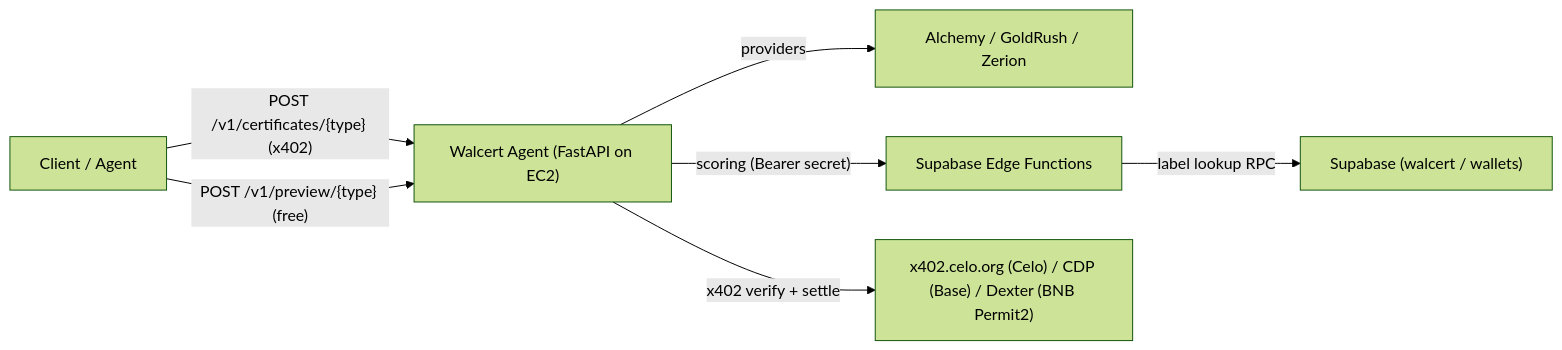
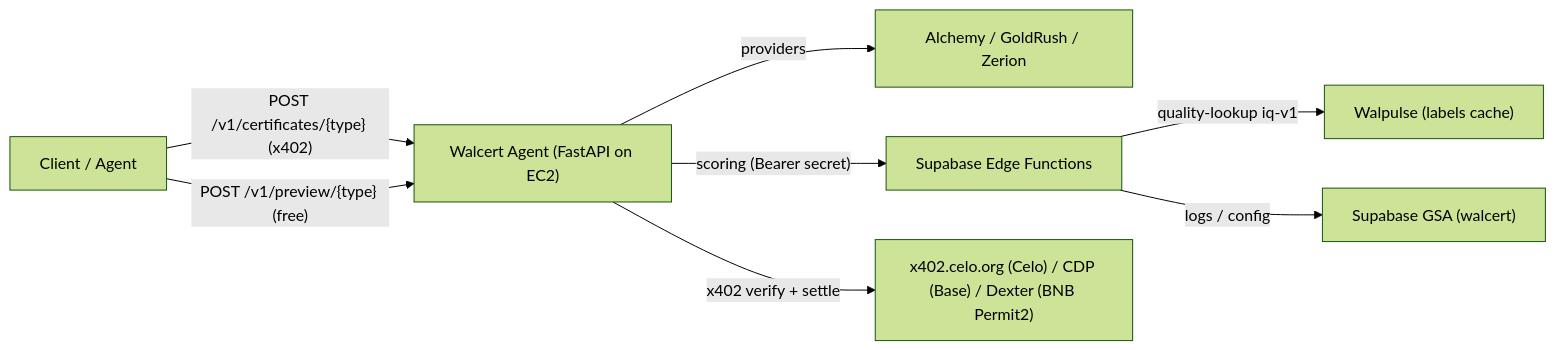
One commit to GlobalScoreAgent/walcert-agent changed the diagram in README.md. Above: the diagram before and after it, drawn with Mermaid (forest theme). The commit also changed other lines of this file and 4 other files, not shown here.

First line of the commit message:
Document Origins v2.3 / Activity v2.2 grades and Walpulse labels cutover.

````diff
--- a/README.md
+++ b/README.md
@@ -82,9 +83,10 @@
 ```mermaid
 flowchart LR
   Client["Client / Agent"] -->|"POST /v1/certificates/{type} (x402)"| Agent["Walcert Agent (FastAPI on EC2)"]
   Client -->|"POST /v1/preview/{type} (free)"| Agent
   Agent -->|"providers"| Providers["Alchemy / GoldRush / Zerion"]
   Agent -->|"scoring (Bearer secret)"| Edge["Supabase Edge Functions"]
-  Edge -->|"label lookup RPC"| DB["Supabase (walcert / wallets)"]
+  Edge -->|"quality-lookup iq-v1"| Walpulse["Walpulse (labels cache)"]
+  Edge -->|"logs / config"| DB["Supabase GSA (walcert)"]
   Agent -->|"x402 verify + settle"| Facilitator["x402.celo.org (Celo) / CDP (Base) / Dexter (BNB Permit2)"]
 ```
````
